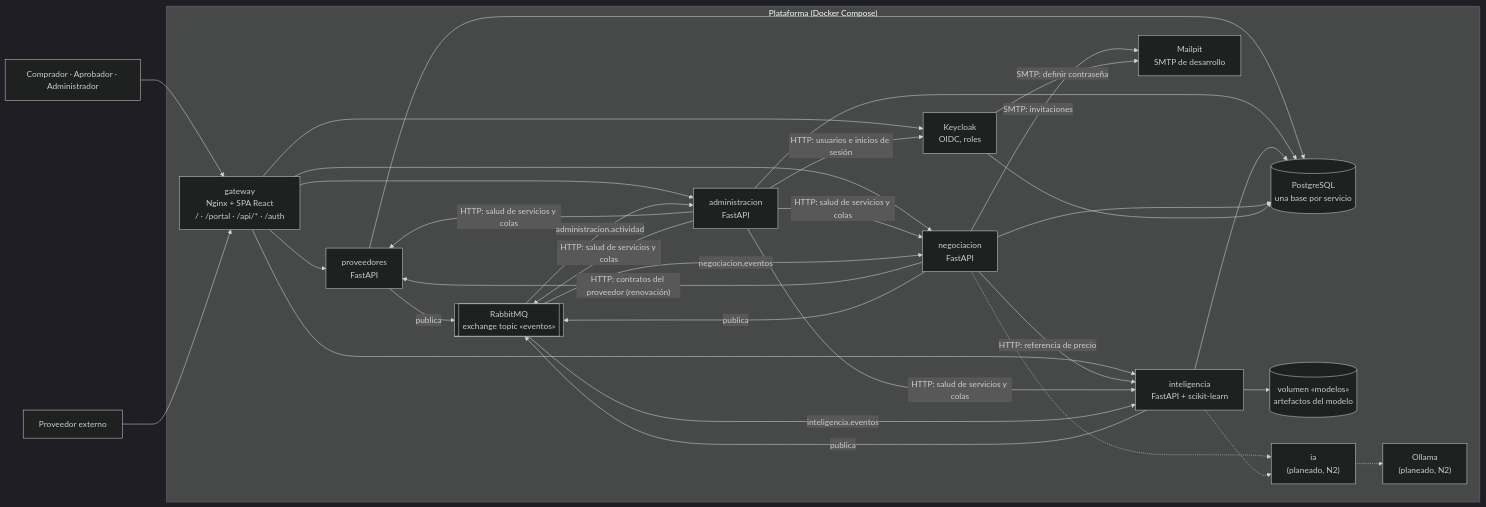
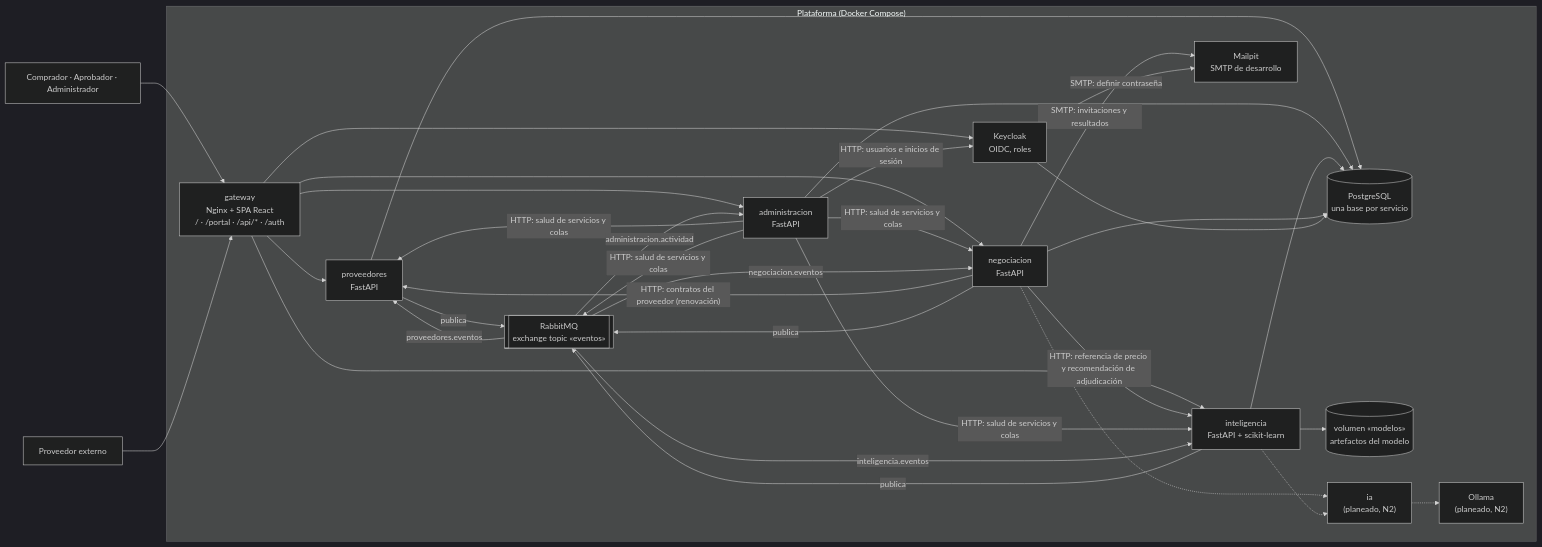
Before and after one commit to sibashdb/G19X-ITH-SDB-360-ACADEMIC: the second of 4 diagrams in docs/arquitectura/c4.md, drawn with Mermaid (dark theme). The commit also changed other lines of this file and 11 other files, not shown here.

````diff
--- a/docs/arquitectura/c4.md
+++ b/docs/arquitectura/c4.md
@@ -39,44 +39,45 @@
 ```mermaid
 flowchart LR
   usuarios["Comprador · Aprobador · Administrador"] --> gw
   proveedor["Proveedor externo"] --> gw
 
   subgraph plataforma["Plataforma (Docker Compose)"]
     gw["gateway<br/>Nginx + SPA React<br/>/ · /portal · /api/* · /auth"]
     kc["Keycloak<br/>OIDC, roles"]
     pr["proveedores<br/>FastAPI"]
     ad["administracion<br/>FastAPI"]
     in["inteligencia<br/>FastAPI + scikit-learn"]
     ne["negociacion<br/>FastAPI"]
     mq[["RabbitMQ<br/>exchange topic «eventos»"]]
     pg[("PostgreSQL<br/>una base por servicio")]
     mp["Mailpit<br/>SMTP de desarrollo"]
     vol[("volumen «modelos»<br/>artefactos del modelo")]
     ia["ia<br/>(planeado, N2)"]
     ol["Ollama<br/>(planeado, N2)"]
   end
 
   gw --> kc
   gw --> pr & ad & in & ne
 
-  ne -- "HTTP: referencia de precio" --> in
+  ne -- "HTTP: referencia de precio y recomendación de adjudicación" --> in
   ne -- "HTTP: contratos del proveedor (renovación)" --> pr
   ad -- "HTTP: usuarios e inicios de sesión" --> kc
   ad -- "HTTP: salud de servicios y colas" --> pr & in & ne & mq
 
   pr -- "publica" --> mq
   in -- "publica" --> mq
   ne -- "publica" --> mq
   mq -- "inteligencia.eventos" --> in
   mq -- "administracion.actividad" --> ad
   mq -- "negociacion.eventos" --> ne
+  mq -- "proveedores.eventos" --> pr
 
   pr & ad & in & ne & kc --> pg
   in --> vol
-  ne -- "SMTP: invitaciones" --> mp
+  ne -- "SMTP: invitaciones y resultados" --> mp
   kc -- "SMTP: definir contraseña" --> mp
 
   ne -.-> ia
   in -.-> ia
   ia -.-> ol
 ```
````
